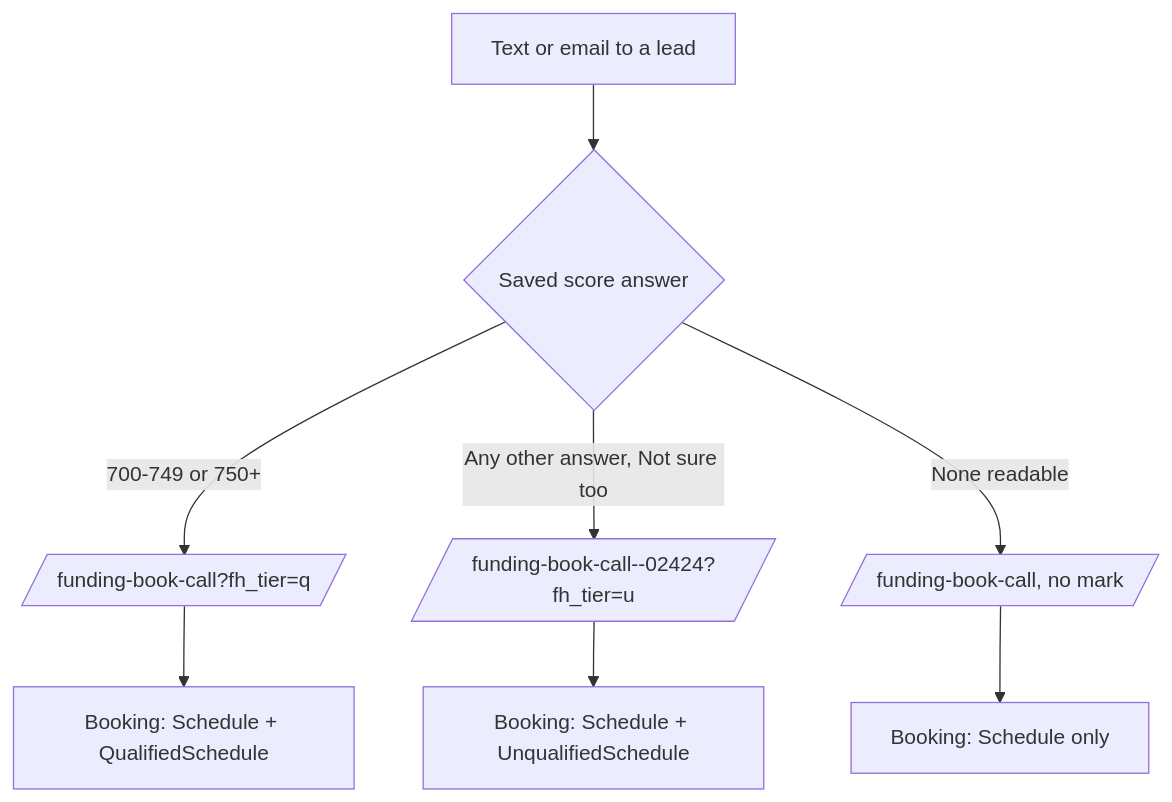
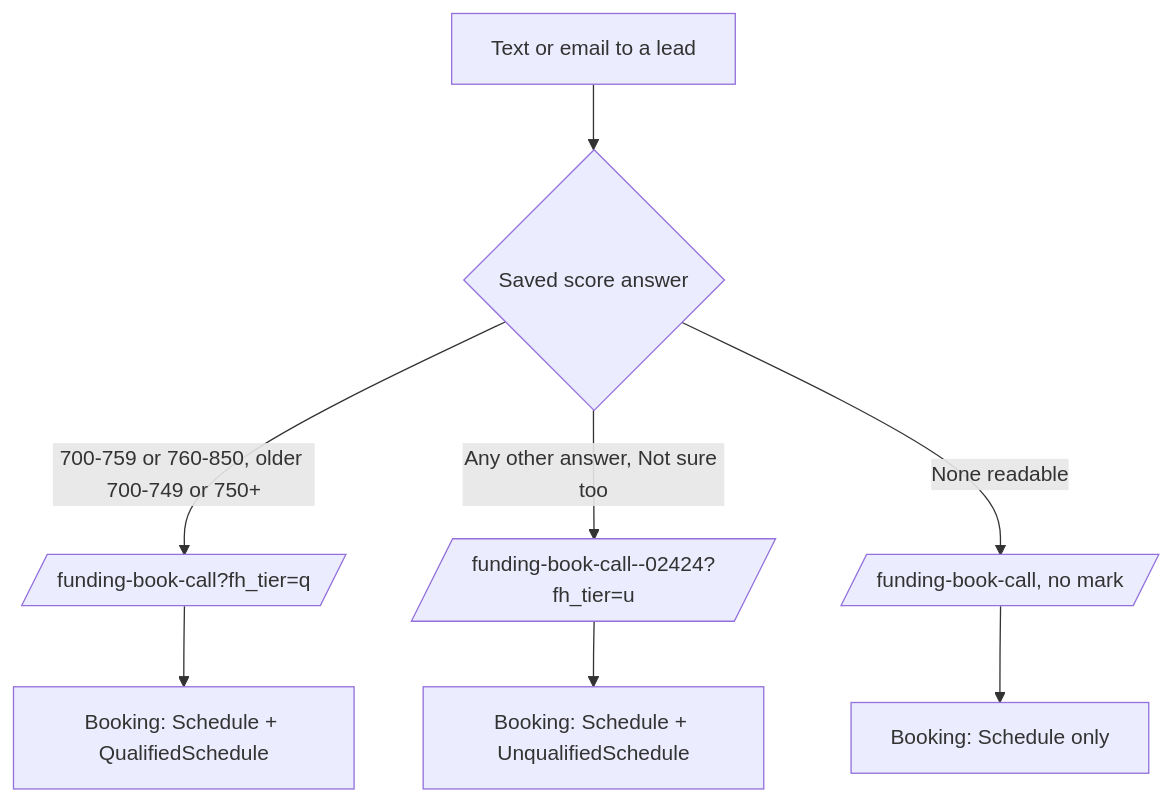
One commit to ZootimusMaximusSupreme/fundhub-platform changed the seventh of 7 diagrams in docs/journeys/booking-notifications-flow.md. Above: the diagram before and after it, drawn with Mermaid. The commit also changed other lines of this file and 87 other files, not shown here.

````diff
--- a/docs/journeys/booking-notifications-flow.md
+++ b/docs/journeys/booking-notifications-flow.md
@@ -442,10 +518,10 @@
 ```mermaid
 flowchart TD
     A[Text or email to a lead] --> B{Saved score answer}
-    B -->|700-749 or 750+| C[/funding-book-call?fh_tier=q/]
+    B -->|700-759 or 760-850, older 700-749 or 750+| C[/funding-book-call?fh_tier=q/]
     B -->|Any other answer, Not sure too| D[/funding-book-call--02424?fh_tier=u/]
     B -->|None readable| E[/funding-book-call, no mark/]
     C --> F[Booking: Schedule + QualifiedSchedule]
     D --> G[Booking: Schedule + UnqualifiedSchedule]
     E --> H[Booking: Schedule only]
 ```
````
